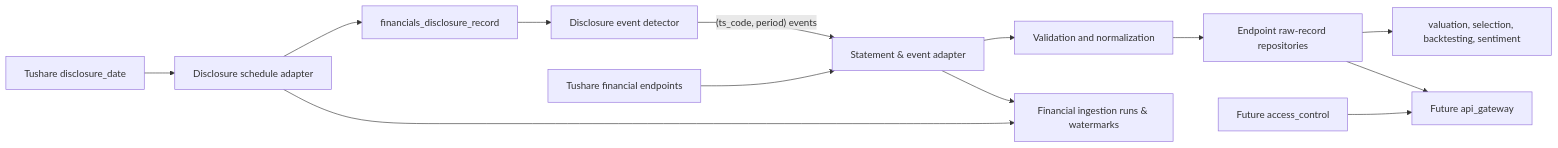
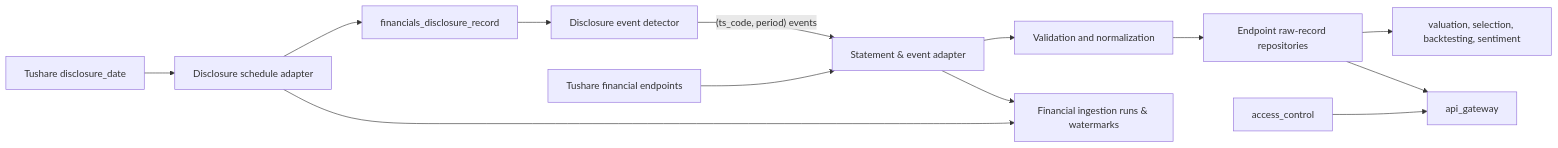
The first of 2 diagrams in manniu/docs/requirements/modules/financials-backend-design.md (bizeasy17/sms), drawn with Mermaid before and after one commit. The commit also changed other lines of this file and 21 other files, not shown here.

````diff
--- a/manniu/docs/requirements/modules/financials-backend-design.md
+++ b/manniu/docs/requirements/modules/financials-backend-design.md
@@ -28,15 +28,15 @@
 ```mermaid
 flowchart LR
     TushareDisc[Tushare disclosure_date] --> DiscAdapter[Disclosure schedule adapter]
     DiscAdapter --> DiscRepo[financials_disclosure_record]
     DiscRepo --> EventDetector[Disclosure event detector]
     EventDetector --"(ts_code, period) events"--> StmtAdapter[Statement & event adapter]
     TushareFin[Tushare financial endpoints] --> StmtAdapter
     StmtAdapter --> Normalize[Validation and normalization]
     Normalize --> Raw[Endpoint raw-record repositories]
     Raw --> Consumer[valuation, selection, backtesting, sentiment]
-    Raw --> API[Future api_gateway]
-    Access[Future access_control] --> API
+    Raw --> API[api_gateway]
+    Access[access_control] --> API
     DiscAdapter --> Run[Financial ingestion runs & watermarks]
     StmtAdapter --> Run
 ```
````
